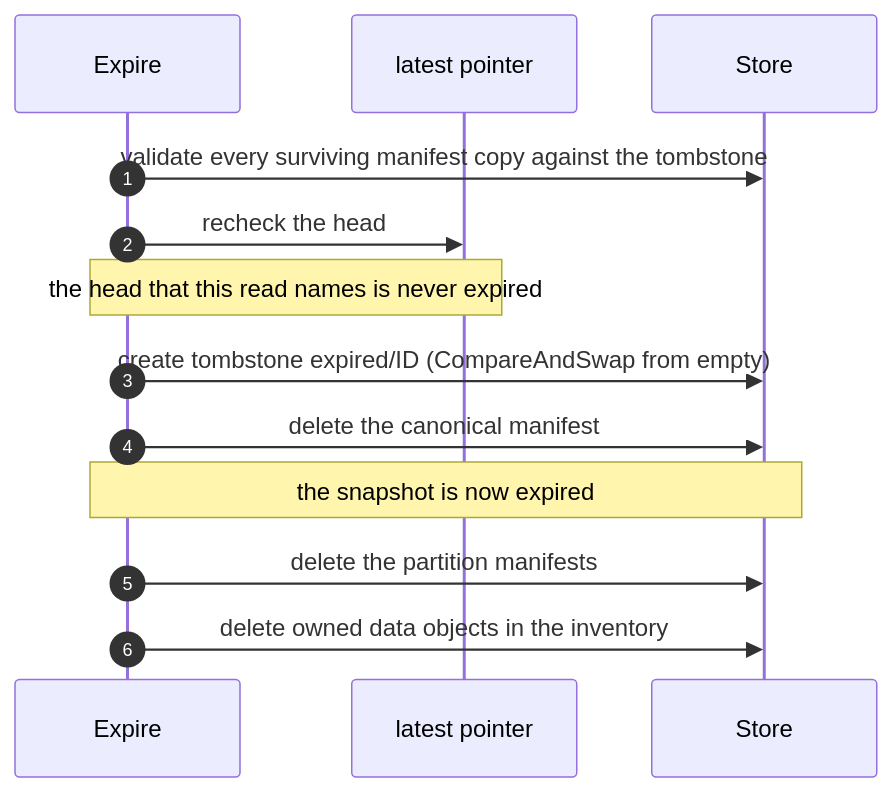
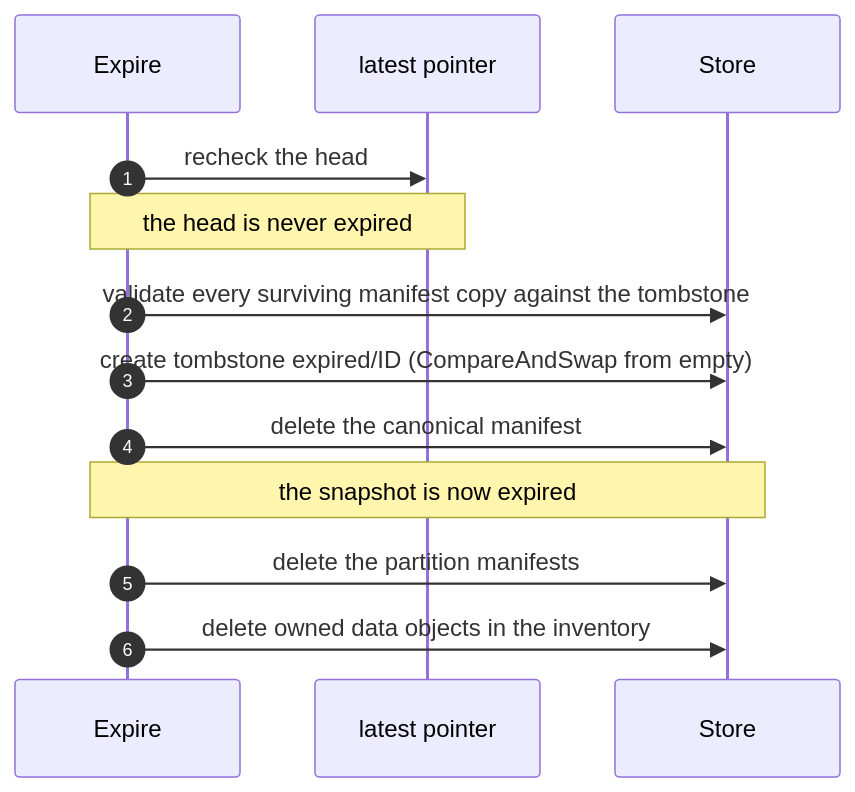
One commit to pithecene/lode changed the second of 3 diagrams in docs/guides/retention.md. Above: the diagram before and after it, drawn with Mermaid. The commit also changed other lines of this file and 3 other files, not shown here.

````diff
--- a/docs/guides/retention.md
+++ b/docs/guides/retention.md
@@ -71,15 +71,15 @@
 ```mermaid
 sequenceDiagram
     autonumber
     participant E as Expire
     participant P as latest pointer
     participant S as Store
+    E->>P: recheck the head
+    Note over E,P: the head is never expired
     E->>S: validate every surviving manifest copy against the tombstone
-    E->>P: recheck the head
-    Note over E,P: the head that this read names is never expired
     E->>S: create tombstone expired/ID (CompareAndSwap from empty)
     E->>S: delete the canonical manifest
     Note over E,S: the snapshot is now expired
     E->>S: delete the partition manifests
     E->>S: delete owned data objects in the inventory
 ```
````
